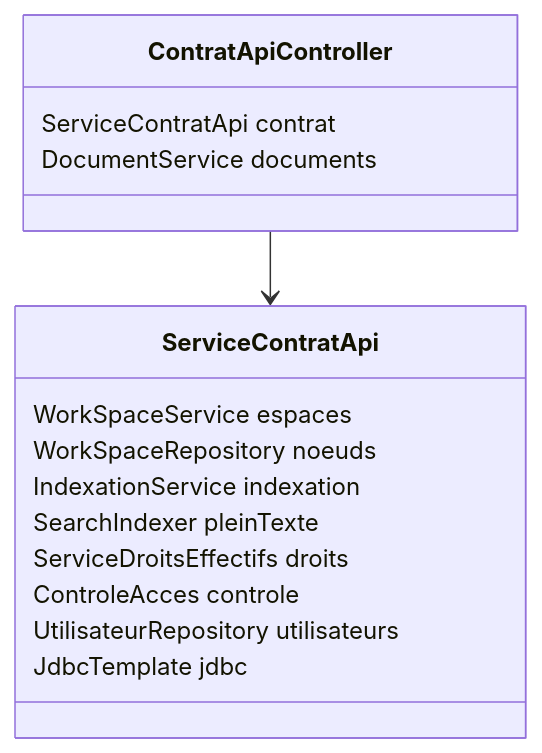
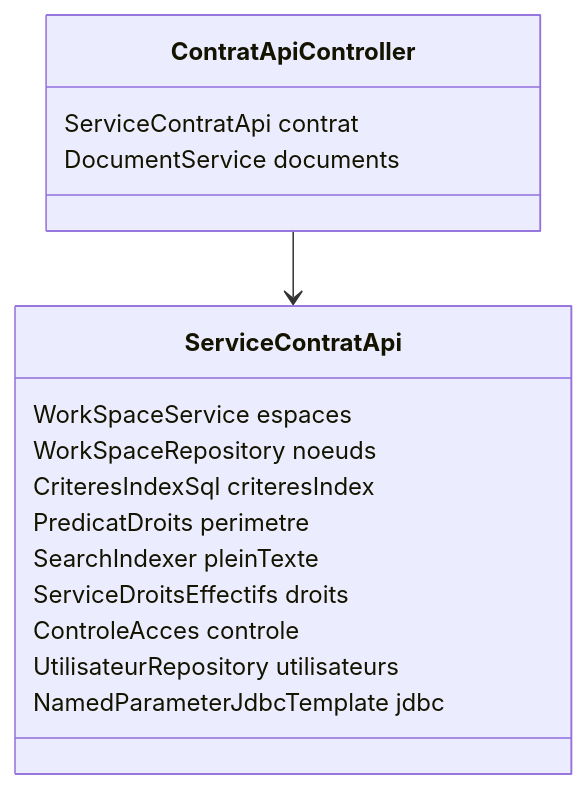
Before and after one commit to abddou2000/GED: diagram 19 of 23 in docs/modelisation/CLASSES.md, drawn with Mermaid. The commit also changed other lines of this file and 4 other files, not shown here.

````diff
--- a/docs/modelisation/CLASSES.md
+++ b/docs/modelisation/CLASSES.md
@@ -2297,18 +2373,19 @@
 ```mermaid
 classDiagram
   class ContratApiController {
     ServiceContratApi contrat
     DocumentService documents
   }
   class ServiceContratApi {
     WorkSpaceService espaces
     WorkSpaceRepository noeuds
-    IndexationService indexation
+    CriteresIndexSql criteresIndex
+    PredicatDroits perimetre
     SearchIndexer pleinTexte
     ServiceDroitsEffectifs droits
     ControleAcces controle
     UtilisateurRepository utilisateurs
-    JdbcTemplate jdbc
+    NamedParameterJdbcTemplate jdbc
   }
   ContratApiController --> ServiceContratApi
 ```
````
